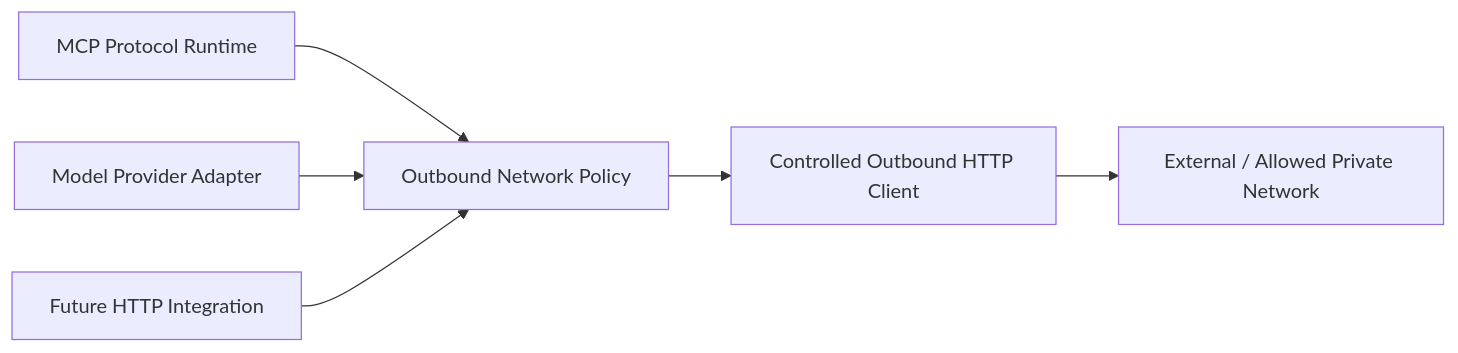
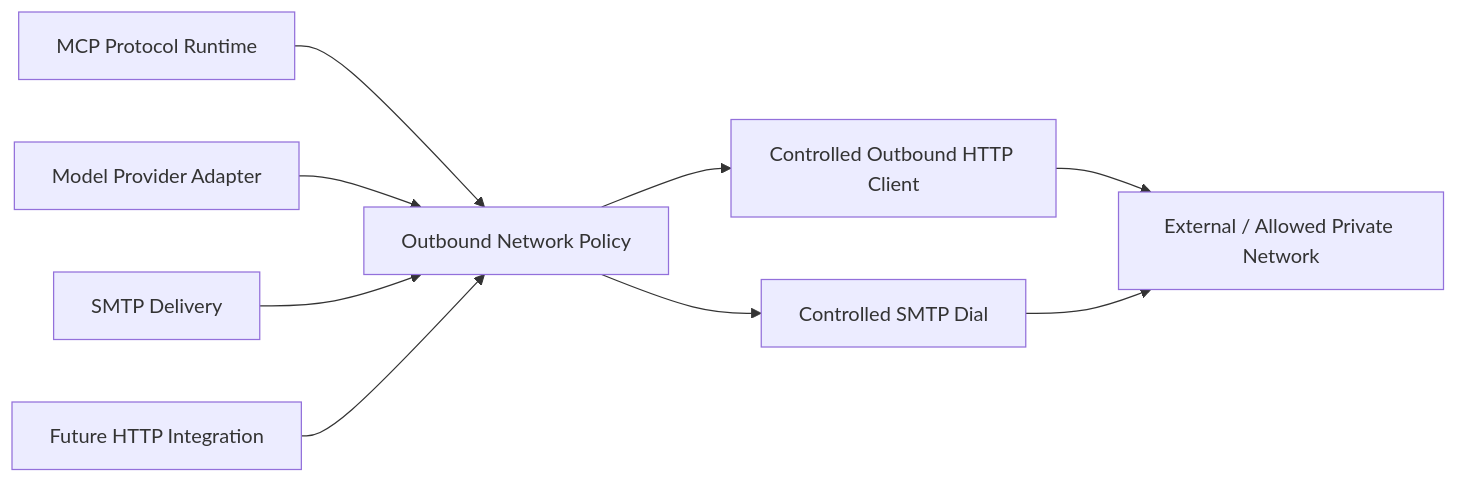
Before and after one commit to LunaDeerTech/agenteam: the diagram in docs/architecture/platform-infrastructure/outbound-network-policy.md, drawn with Mermaid. The commit also changed other lines of this file and 86 other files, not shown here.

```diff
--- a/docs/architecture/platform-infrastructure/outbound-network-policy.md
+++ b/docs/architecture/platform-infrastructure/outbound-network-policy.md
@@ -31,17 +32,22 @@
 ~~~mermaid
 flowchart LR
     MCP["MCP Protocol Runtime"]
     Model["Model Provider Adapter"]
+    SMTP["SMTP Delivery"]
     Future["Future HTTP Integration"]
 
     Policy["Outbound Network Policy"]
     Client["Controlled Outbound HTTP Client"]
+    MailDial["Controlled SMTP Dial"]
     Network["External / Allowed Private Network"]
 
     MCP --> Policy
     Model --> Policy
+    SMTP --> Policy
     Future --> Policy
 
     Policy --> Client
     Client --> Network
+    Policy --> MailDial
+    MailDial --> Network
 ~~~
```
